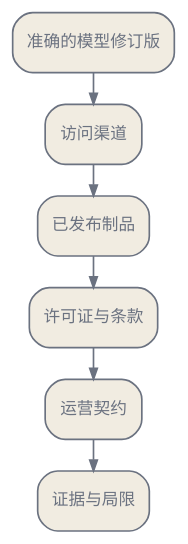
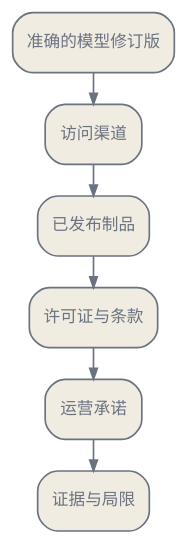
The first of 4 diagrams in zh/ecosystem/01-model-landscape.qmd (latere-ai/ai-as-an-infrastructure), drawn with Graphviz before and after one commit. The commit also changed other lines of this file and 4 other files, not shown here.

````diff
--- a/zh/ecosystem/01-model-landscape.qmd
+++ b/zh/ecosystem/01-model-landscape.qmd
@@ -7,21 +7,21 @@
 ```{dot}
 //| label: fig-release-contract
 //| fig-cap: "一次发布由一组需要分别审查的事实组成。实验室名称或「开放」一词，不能取代这次发布对应的模型修订版、访问渠道、制品、条款、运营承诺，以及所附证据。"
 digraph release_contract {
   bgcolor="transparent";
   rankdir=TB;
   nodesep=0.16;
   ranksep=0.26;
   node [shape=box, style="rounded,filled", fontname="Helvetica", fontsize=10,
         color="#6b7280", fontcolor="#6b7280", fillcolor="#f1ece1",
         margin="0.12,0.08"];
   edge [color="#6b7280", arrowsize=0.65];
   I [label="准确的模型修订版"];
   A [label="访问渠道"];
   X [label="已发布制品"];
   P [label="许可证与条款"];
-  O [label="运营契约"];
+  O [label="运营承诺"];
   E [label="证据与局限"];
   I -> A -> X -> P -> O -> E;
 }
 ```
````
